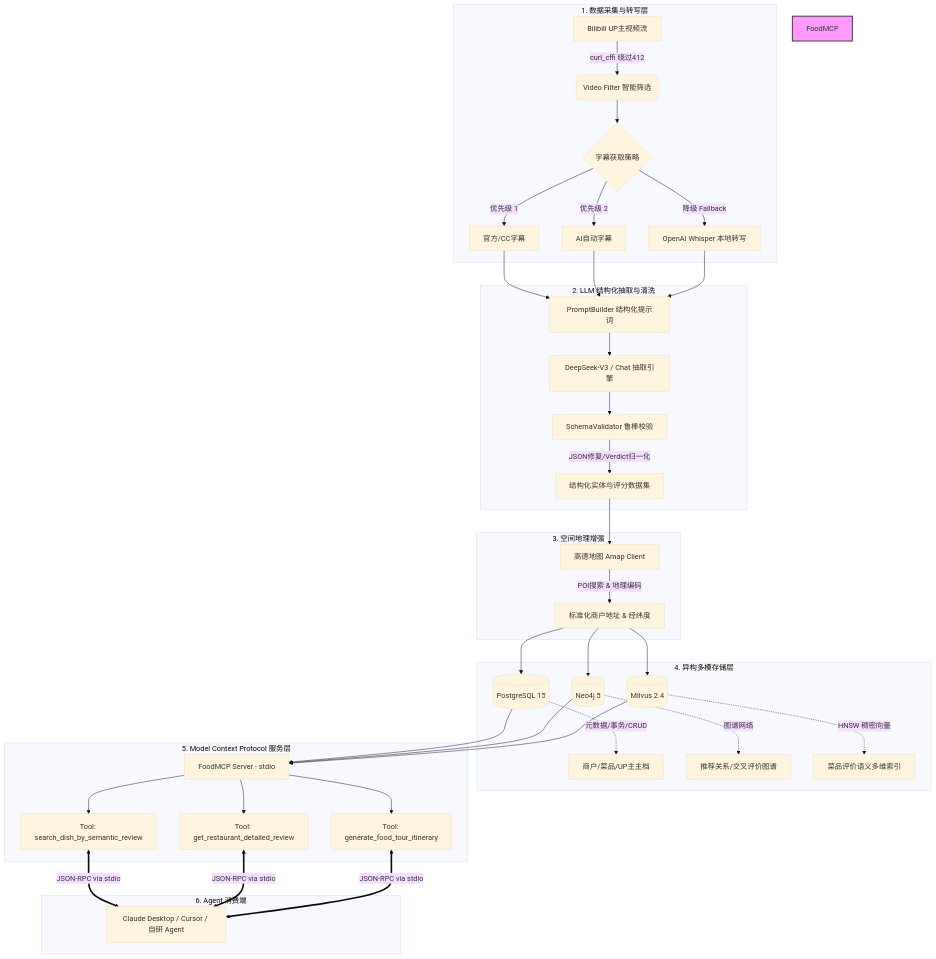
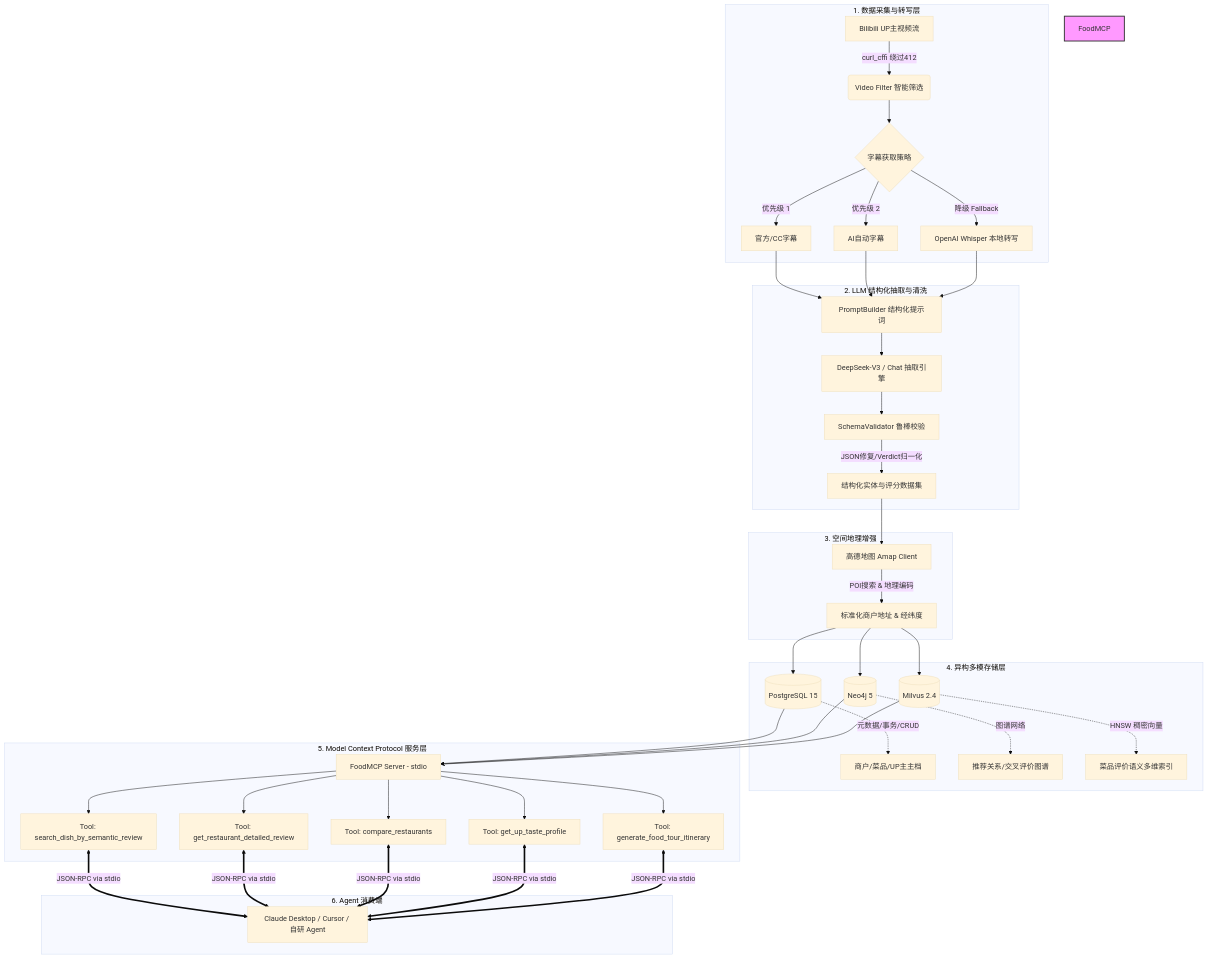
One commit to JohnMaxwell0123/FoodMCP changed the diagram in README.md. Above: the diagram before and after it, drawn with Mermaid (base theme). The commit also changed other lines of this file, not shown here.

````diff
--- a/README.md
+++ b/README.md
@@ -72,44 +72,46 @@
 ```mermaid
 flowchart TD
     subgraph DataCollector [" 1. 数据采集与转写层 "]
         A[Bilibili UP主视频流] -->|curl_cffi 绕过412| B(Video Filter 智能筛选)
         B --> C{字幕获取策略}
         C -->|优先级 1| D[官方/CC字幕]
         C -->|优先级 2| E[AI自动字幕]
         C -->|降级 Fallback| F[OpenAI Whisper 本地转写]
     end
 
     subgraph ExtractionLayer [" 2. LLM 结构化抽取与清洗 "]
         D & E & F --> G[PromptBuilder 结构化提示词]
         G --> H[DeepSeek-V3 / Chat 抽取引擎]
         H --> I[SchemaValidator 鲁棒校验]
         I -->|JSON修复/Verdict归一化| J[结构化实体与评分数据集]
     end
 
     subgraph GeoSpatial [" 3. 空间地理增强 "]
         J --> K[高德地图 Amap Client]
         K -->|POI搜索 & 地理编码| L[标准化商户地址 & 经纬度]
     end
 
     subgraph HybridStorage [" 4. 异构多模存储层 "]
         L --> M[(PostgreSQL 15)]
         L --> N[(Neo4j 5)]
         L --> O[(Milvus 2.4)]
         M -.->|元数据/事务/CRUD| M1[商户/菜品/UP主主档]
         N -.->|图谱网络| N1[推荐关系/交叉评价图谱]
         O -.->|HNSW 稠密向量| O1[菜品评价语义多维索引]
     end
 
     subgraph MCPLayer [" 5. Model Context Protocol 服务层 "]
         M & N & O --> P[FoodMCP Server - stdio]
         P --> Q[Tool: search_dish_by_semantic_review]
         P --> R[Tool: get_restaurant_detailed_review]
+        P --> U[Tool: compare_restaurants]
+        P --> V[Tool: get_up_taste_profile]
         P --> S[Tool: generate_food_tour_itinerary]
     end
 
     subgraph ConsumerLayer [" 6. Agent 消费端 "]
-        Q & R & S <==>|JSON-RPC via stdio| T[Claude Desktop / Cursor / 自研 Agent]
+        Q & R & U & V & S <==>|JSON-RPC via stdio| T[Claude Desktop / Cursor / 自研 Agent]
     end
 
     style FoodMCP fill:#f9f,stroke:#333,stroke-width:2px
 ```
````
